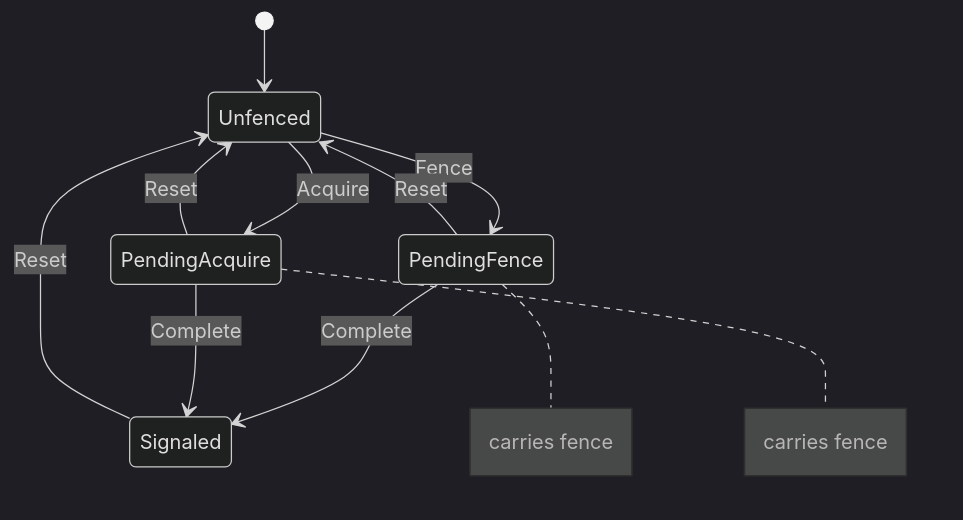
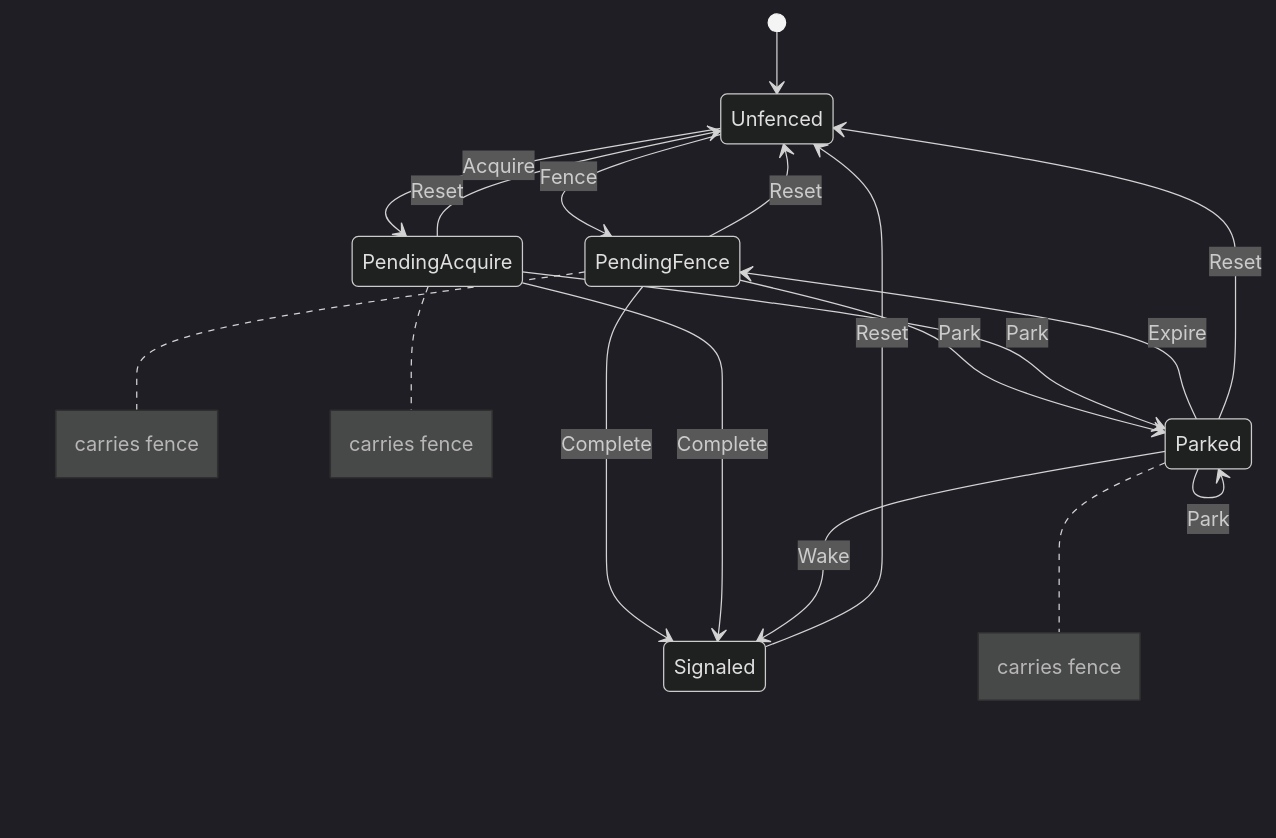
Before and after one commit to lambda-run/nxweb: the diagram in docs/machines/gfx_sync.md, drawn with Mermaid (dark theme). The commit also changed other lines of this file and 43 other files, not shown here.

First line of the commit message:
WIP snapshot: integration 3, SDK take-overs, audio and graphics 4 in flight, not yet verified

````diff
--- a/docs/machines/gfx_sync.md
+++ b/docs/machines/gfx_sync.md
@@ -7,13 +7,20 @@
 ```mermaid
 stateDiagram-v2
     [*] --> Unfenced
     Unfenced --> PendingFence: Fence
     Unfenced --> PendingAcquire: Acquire
     PendingFence --> Signaled: Complete
     PendingAcquire --> Signaled: Complete
     PendingFence --> Unfenced: Reset
     PendingAcquire --> Unfenced: Reset
     Signaled --> Unfenced: Reset
+    PendingFence --> Parked: Park
+    PendingAcquire --> Parked: Park
+    Parked --> Parked: Park
+    Parked --> Signaled: Wake
+    Parked --> PendingFence: Expire
+    Parked --> Unfenced: Reset
     note right of PendingFence: carries fence
     note right of PendingAcquire: carries fence
+    note right of Parked: carries fence
 ```
````
